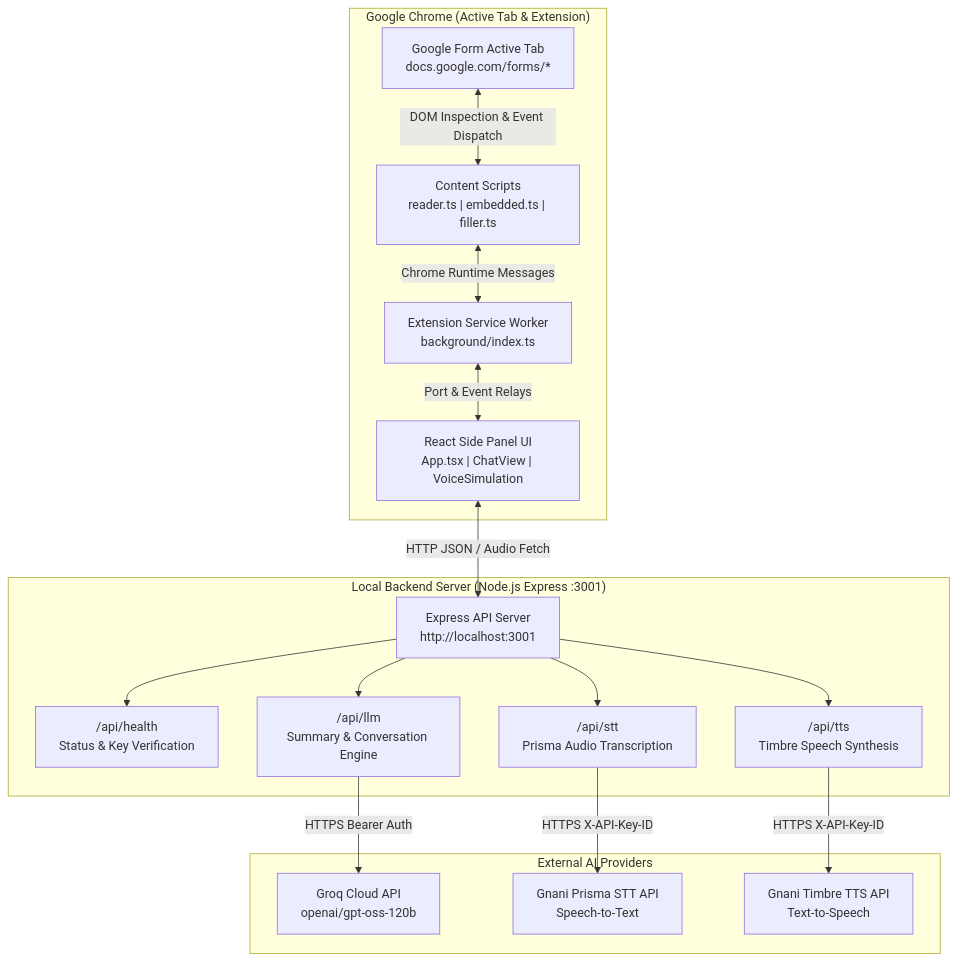
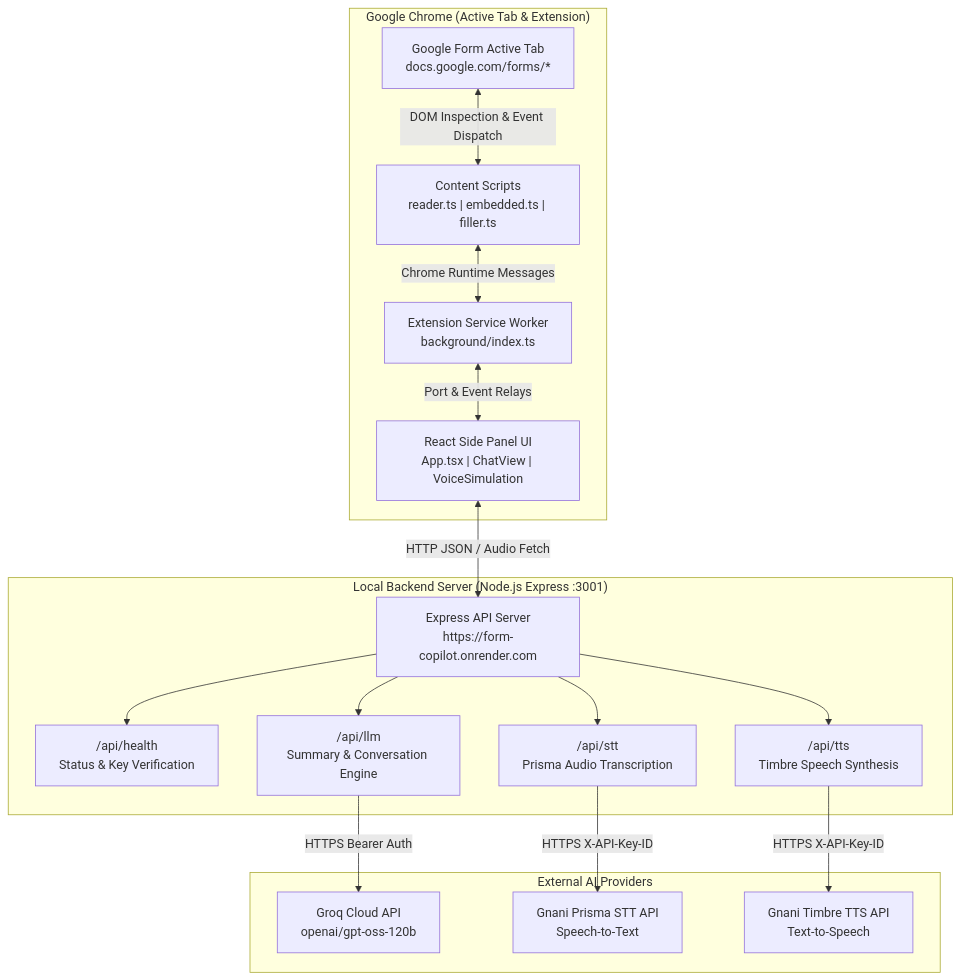
Before and after one commit to nicksboson/Form-Copilot: the first of 3 diagrams in README.md, drawn with Mermaid. The commit also changed other lines of this file and 4 other files, not shown here.

Commit message:
update default backend URL to deployed Render instance https://form-copilot.onrender.com

````diff
--- a/README.md
+++ b/README.md
@@ -55,38 +55,38 @@
 ```mermaid
 flowchart TD
     subgraph Browser["Google Chrome (Active Tab & Extension)"]
         FormTab["Google Form Active Tab<br/>docs.google.com/forms/*"]
         ContentScript["Content Scripts<br/>reader.ts | embedded.ts | filler.ts"]
         BackgroundWorker["Extension Service Worker<br/>background/index.ts"]
         SidepanelUI["React Side Panel UI<br/>App.tsx | ChatView | VoiceSimulation"]
 
         FormTab <-->|"DOM Inspection & Event Dispatch"| ContentScript
         ContentScript <-->|"Chrome Runtime Messages"| BackgroundWorker
         BackgroundWorker <-->|"Port & Event Relays"| SidepanelUI
     end
 
     subgraph LocalBackend["Local Backend Server (Node.js Express :3001)"]
-        ExpressApp["Express API Server<br/>http://localhost:3001"]
+        ExpressApp["Express API Server<br/>https://form-copilot.onrender.com"]
         HealthRoute["/api/health<br/>Status & Key Verification"]
         LLMRoute["/api/llm<br/>Summary & Conversation Engine"]
         STTRoute["/api/stt<br/>Prisma Audio Transcription"]
         TTSRoute["/api/tts<br/>Timbre Speech Synthesis"]
 
         ExpressApp --> HealthRoute
         ExpressApp --> LLMRoute
         ExpressApp --> STTRoute
         ExpressApp --> TTSRoute
     end
 
     subgraph CloudAPIs["External AI Providers"]
         GroqAPI["Groq Cloud API<br/>openai/gpt-oss-120b"]
         GnaniSTT["Gnani Prisma STT API<br/>Speech-to-Text"]
         GnaniTTS["Gnani Timbre TTS API<br/>Text-to-Speech"]
 
         LLMRoute -->|"HTTPS Bearer Auth"| GroqAPI
         STTRoute -->|"HTTPS X-API-Key-ID"| GnaniSTT
         TTSRoute -->|"HTTPS X-API-Key-ID"| GnaniTTS
     end
 
     SidepanelUI <-->|"HTTP JSON / Audio Fetch"| ExpressApp
 ```
````
